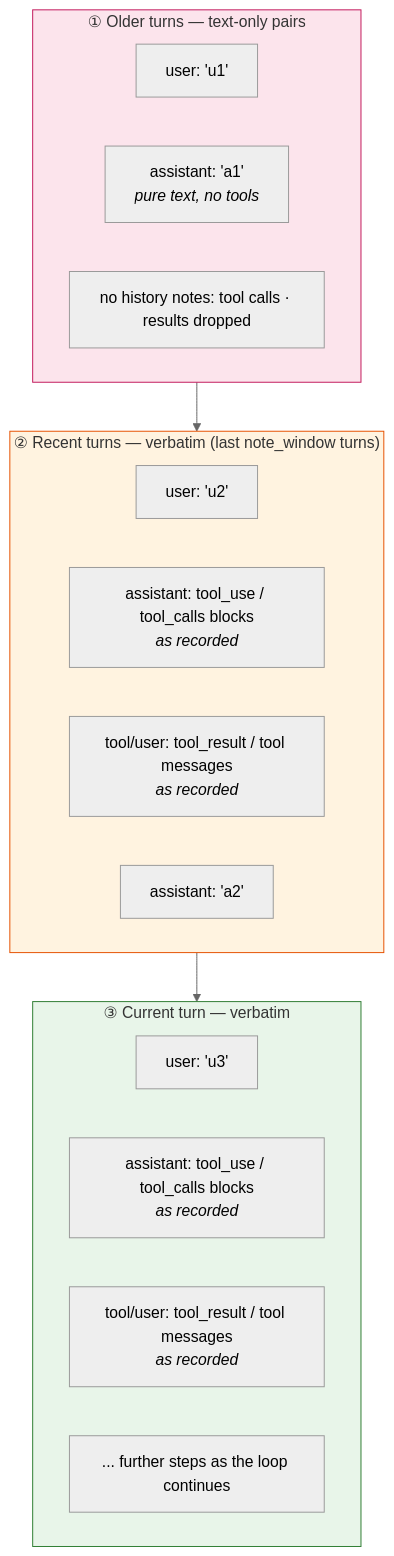
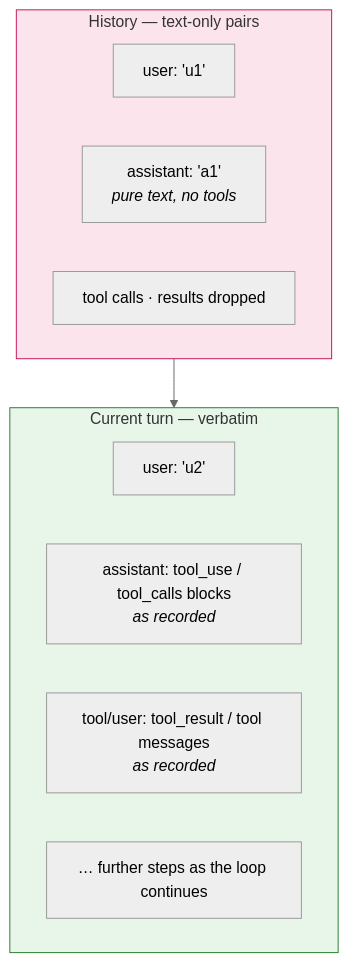
The second of 3 diagrams in docs/architecture/context.md (kingye/jyc), drawn with Mermaid (neutral theme) before and after one commit. The commit also changed other lines of this file and 17 other files, not shown here.

First line of the commit message:
refactor: drop note_window and the history-note machinery (#1021)

````diff
--- a/docs/architecture/context.md
+++ b/docs/architecture/context.md
@@ -188,24 +228,17 @@
 ```mermaid
 flowchart TB
-    subgraph R1["① Older turns — text-only pairs"]
+    subgraph R1["History — text-only pairs"]
         R1U["user: 'u1'"]
         R1A["assistant: 'a1'<br/><i>pure text, no tools</i>"]
-        R1N["no history notes: tool calls · results dropped"]
+        R1N["tool calls · results dropped"]
     end
-    subgraph R2["② Recent turns — verbatim (last note_window turns)"]
+    subgraph R2["Current turn — verbatim"]
         R2U["user: 'u2'"]
         R2ATU["assistant: tool_use / tool_calls blocks<br/><i>as recorded</i>"]
         R2TR["tool/user: tool_result / tool messages<br/><i>as recorded</i>"]
-        R2A["assistant: 'a2'"]
+        R2MORE["… further steps as the loop continues"]
     end
-    subgraph R3["③ Current turn — verbatim"]
-        R3U["user: 'u3'"]
-        R3ATU["assistant: tool_use / tool_calls blocks<br/><i>as recorded</i>"]
-        R3TR["tool/user: tool_result / tool messages<br/><i>as recorded</i>"]
-        R3MORE["... further steps as the loop continues"]
-    end
-    R1 --> R2 --> R3
+    R1 --> R2
     style R1 fill:#fce4ec,stroke:#c2185b
-    style R2 fill:#fff3e0,stroke:#e65100
-    style R3 fill:#e8f5e9,stroke:#2e7d32
+    style R2 fill:#e8f5e9,stroke:#2e7d32
 ```
````
